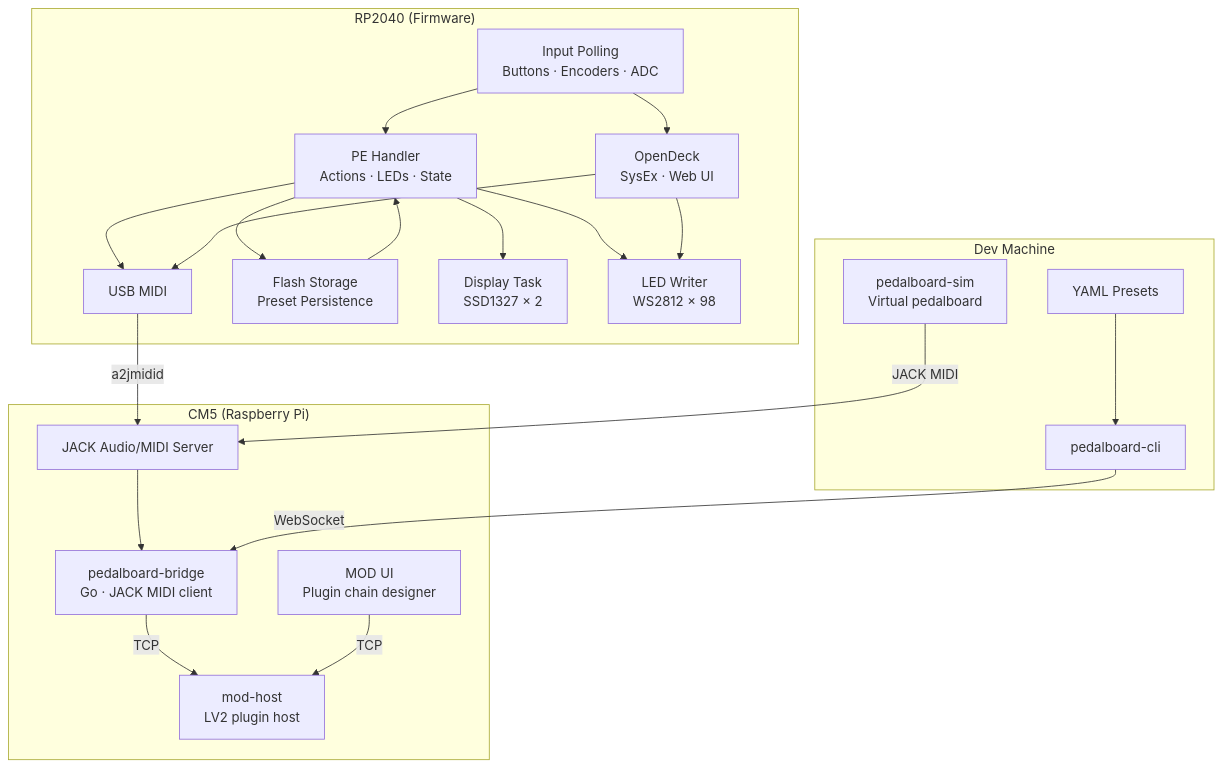
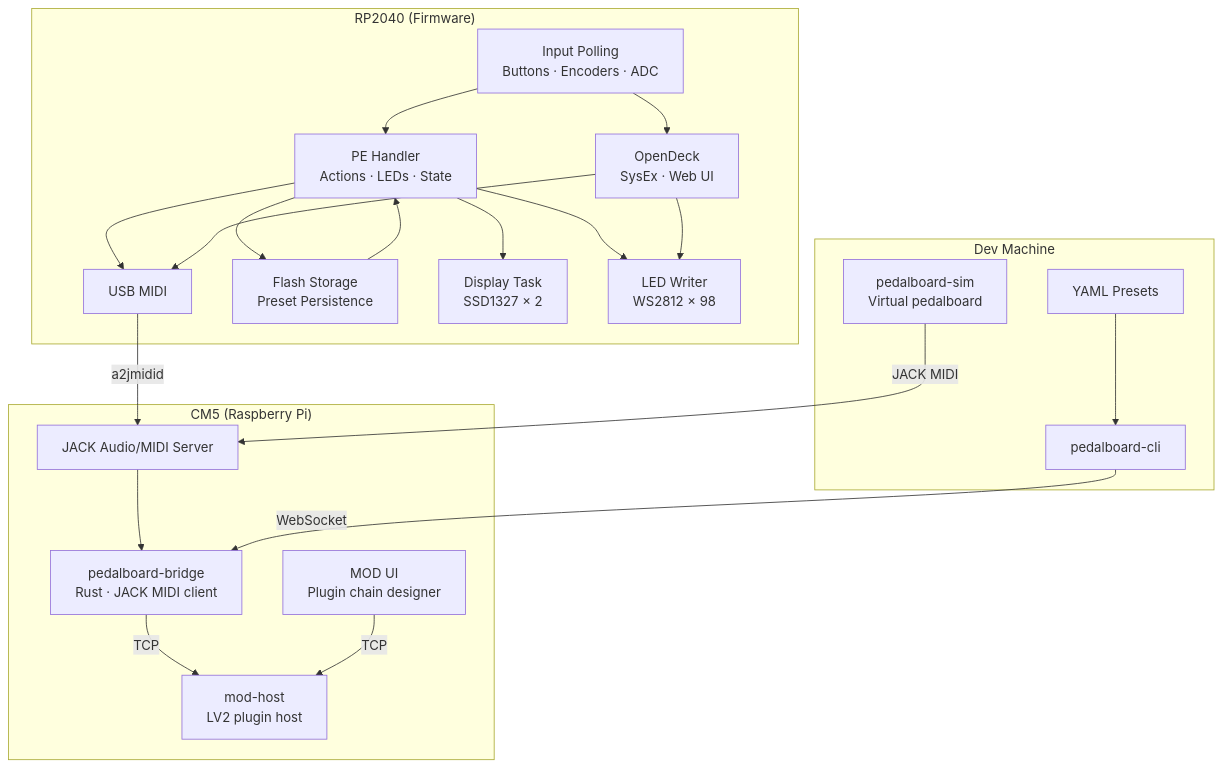
Before and after one commit to pedalboard/.github: the first of 4 diagrams in docs/software-architecture.md, drawn with Mermaid. The commit also changed 3 other files, not shown here.

First line of the commit message:
docs: update all references from Go to Rust bridge

````diff
--- a/docs/software-architecture.md
+++ b/docs/software-architecture.md
@@ -5,42 +5,42 @@
 ```mermaid
 graph TB
     subgraph "Dev Machine"
         YAML[YAML Presets]
         CLI[pedalboard-cli]
         SIM[pedalboard-sim<br/>Virtual pedalboard]
         YAML --> CLI
     end
 
     subgraph "CM5 (Raspberry Pi)"
         JACK[JACK Audio/MIDI Server]
-        BRIDGE[pedalboard-bridge<br/>Go · JACK MIDI client]
+        BRIDGE[pedalboard-bridge<br/>Rust · JACK MIDI client]
         MODHOST[mod-host<br/>LV2 plugin host]
         MODUI[MOD UI<br/>Plugin chain designer]
         JACK --> BRIDGE
         BRIDGE -->|TCP| MODHOST
         MODUI -->|TCP| MODHOST
     end
 
     subgraph "RP2040 (Firmware)"
         USB[USB MIDI]
         PE[PE Handler<br/>Actions · LEDs · State]
         OD[OpenDeck<br/>SysEx · Web UI]
         FLASH[Flash Storage<br/>Preset Persistence]
         DISP[Display Task<br/>SSD1327 × 2]
         LEDS[LED Writer<br/>WS2812 × 98]
         INPUT[Input Polling<br/>Buttons · Encoders · ADC]
     end
 
     CLI -->|WebSocket| BRIDGE
     SIM -->|JACK MIDI| JACK
     USB -->|a2jmidid| JACK
     INPUT --> PE
     INPUT --> OD
     PE --> USB
     PE --> LEDS
     PE --> DISP
     PE --> FLASH
     OD --> USB
     OD --> LEDS
     FLASH --> PE
 ```
````
